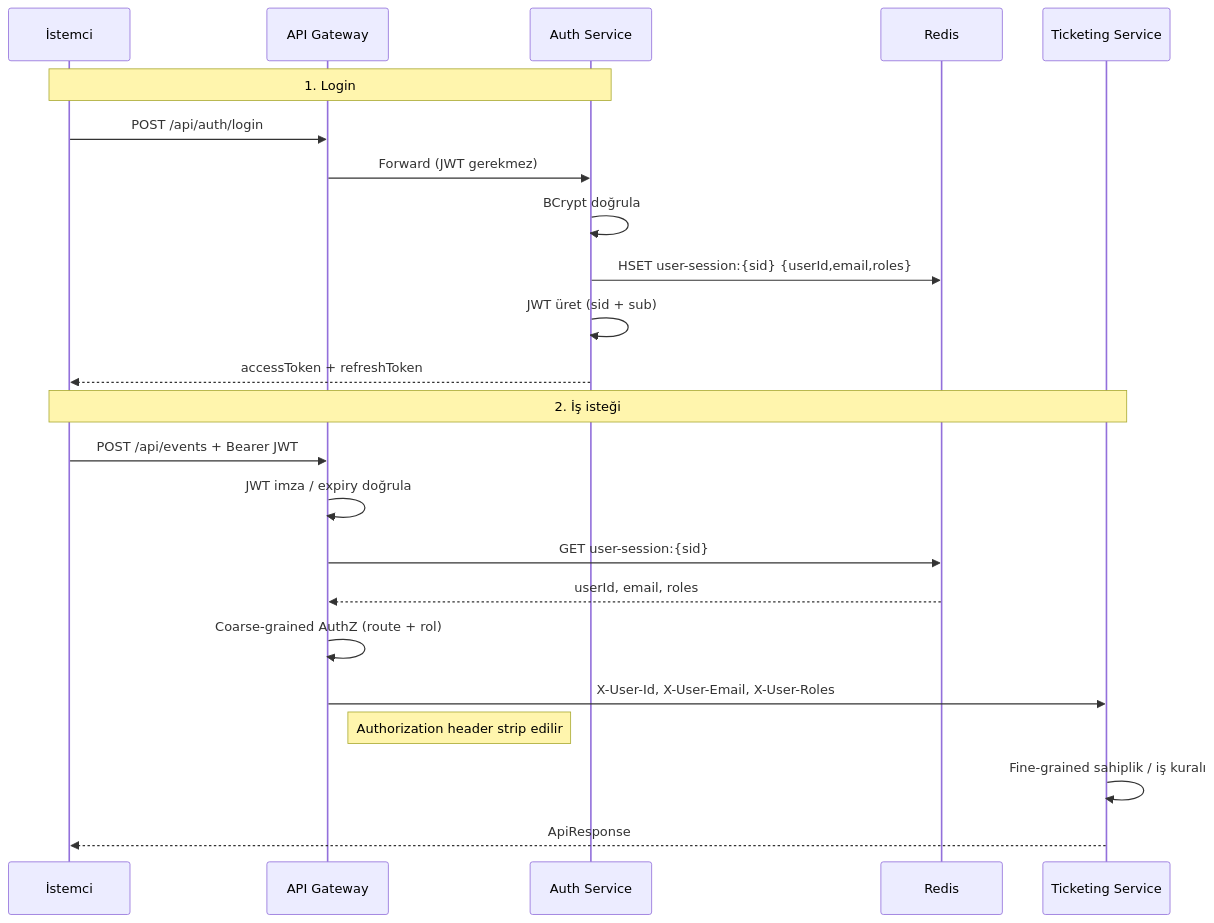
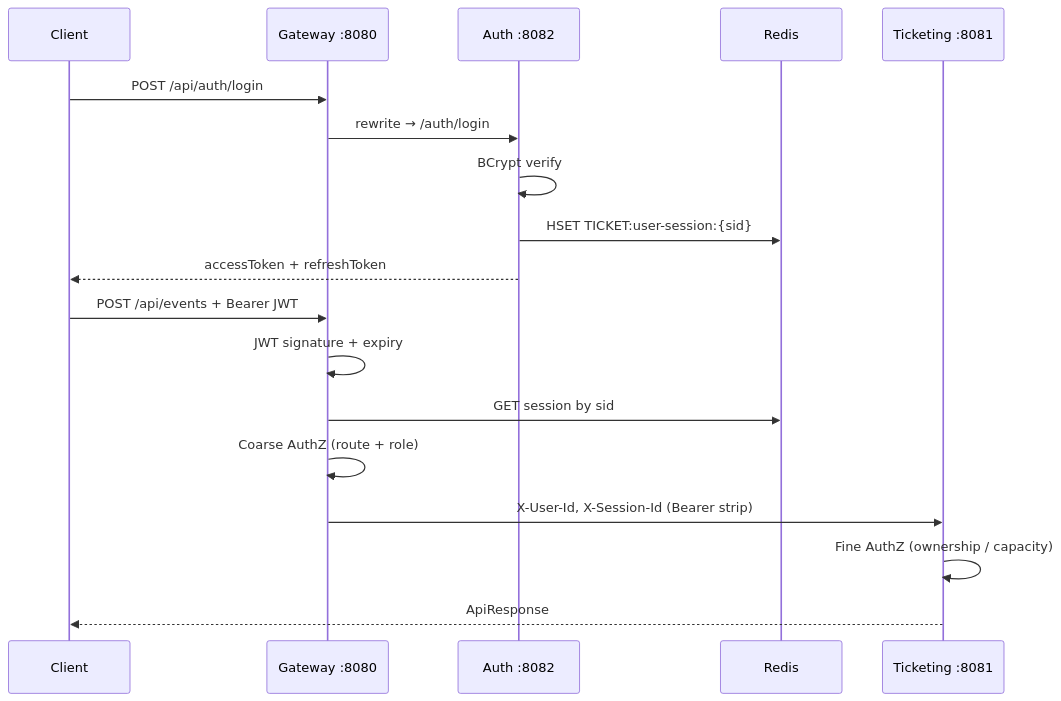
The first of 2 diagrams in README.md (BetulAaydin/case-study-ticketing), drawn with Mermaid before and after one commit. The commit also changed other lines of this file and 27 other files, not shown here.

````diff
--- a/README.md
+++ b/README.md
@@ -125,27 +93,22 @@
 ```mermaid
 sequenceDiagram
-    participant C as İstemci
-    participant GW as API Gateway
-    participant Auth as Auth Service
+    participant C as Client
+    participant GW as Gateway :8080
+    participant Auth as Auth :8082
     participant Redis as Redis
-    participant TS as Ticketing Service
+    participant TS as Ticketing :8081
 
-    Note over C,Auth: 1. Login
     C->>GW: POST /api/auth/login
-    GW->>Auth: Forward (JWT gerekmez)
-    Auth->>Auth: BCrypt doğrula
-    Auth->>Redis: HSET user-session:{sid} {userId,email,roles}
-    Auth->>Auth: JWT üret (sid + sub)
+    GW->>Auth: rewrite → /auth/login
+    Auth->>Auth: BCrypt verify
+    Auth->>Redis: HSET TICKET:user-session:{sid}
     Auth-->>C: accessToken + refreshToken
 
-    Note over C,TS: 2. İş isteği
     C->>GW: POST /api/events + Bearer JWT
-    GW->>GW: JWT imza / expiry doğrula
-    GW->>Redis: GET user-session:{sid}
-    Redis-->>GW: userId, email, roles
-    GW->>GW: Coarse-grained AuthZ (route + rol)
-    GW->>TS: X-User-Id, X-User-Email, X-User-Roles
-    Note right of GW: Authorization header strip edilir
-    TS->>TS: Fine-grained sahiplik / iş kuralı
+    GW->>GW: JWT signature + expiry
+    GW->>Redis: GET session by sid
+    GW->>GW: Coarse AuthZ (route + role)
+    GW->>TS: X-User-Id, X-Session-Id (Bearer strip)
+    TS->>TS: Fine AuthZ (ownership / capacity)
     TS-->>C: ApiResponse
 ```
````
